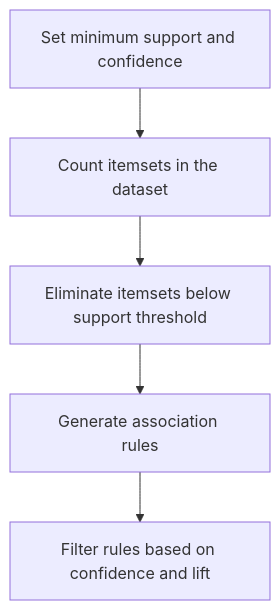
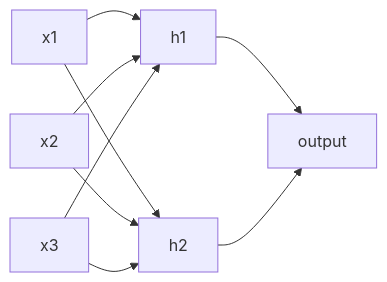
One commit to SureshAmal/learnmaker changed the diagram in markdown-ml/unit2/7.md. Above: the diagram before and after it, drawn with Mermaid. The commit also changed other lines of this file and 668 other files, not shown here.

````diff
--- a/markdown-ml/unit2/7.md
+++ b/markdown-ml/unit2/7.md
@@ -18,7 +19,11 @@
 ```mermaid
-flowchart TD
-    A["Set minimum support and confidence"] --> B["Count itemsets in the dataset"]
-    B --> C["Eliminate itemsets below support threshold"]
-    C --> D["Generate association rules"]
-    D --> E["Filter rules based on confidence and lift"]
+flowchart LR
+    I1["x1"] --> H1["h1"]
+    I1 --> H2["h2"]
+    I2["x2"] --> H1
+    I2 --> H2
+    I3["x3"] --> H1
+    I3 --> H2
+    H1 --> O["output"]
+    H2 --> O
 ```
````
